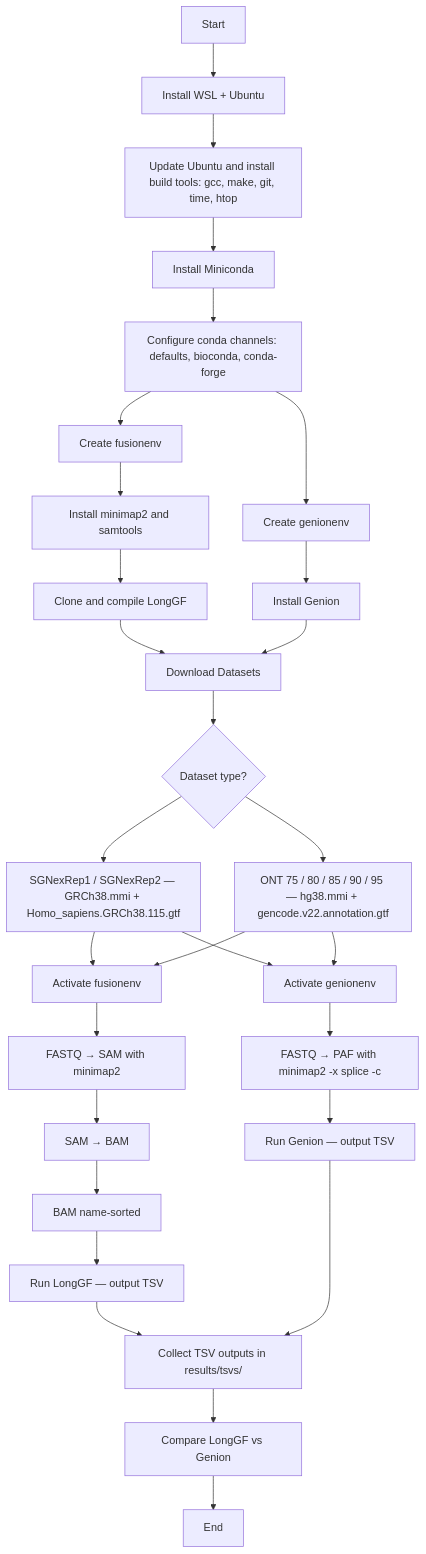
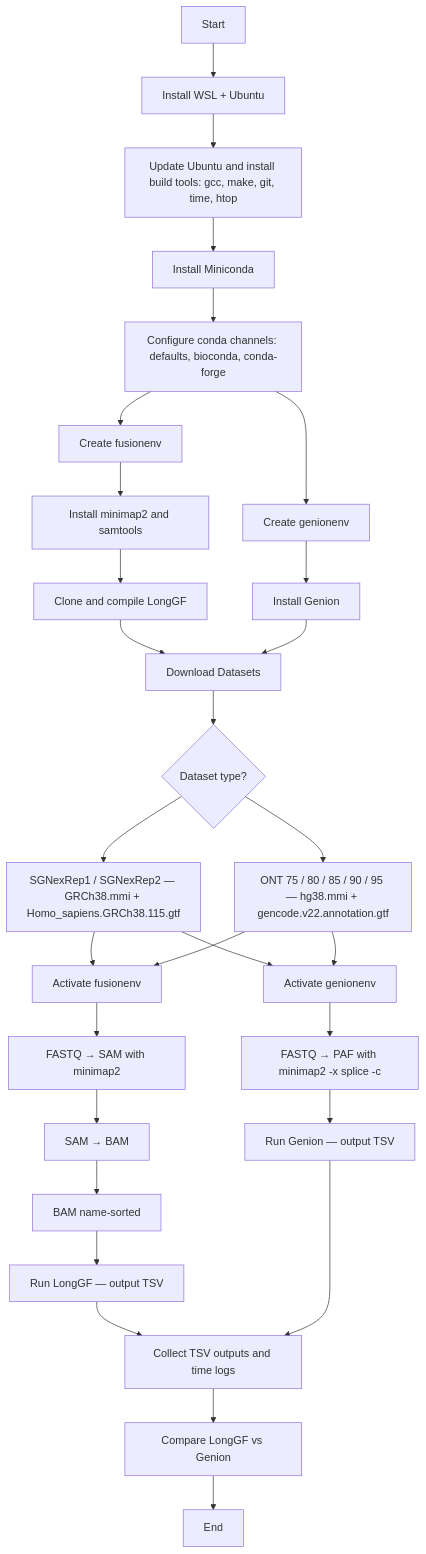
One commit to Aaditya-Deshmukh/CS123A-fusion-benchmarking changed the diagram in FLOWCHART.md. Above: the diagram before and after it, drawn with Mermaid.

````diff
--- a/FLOWCHART.md
+++ b/FLOWCHART.md
@@ -1,59 +1,59 @@
 ```mermaid
 flowchart TD
 
 A[Start] --> B[Install WSL + Ubuntu]
 
 B --> C[Update Ubuntu and install build tools: gcc, make, git, time, htop]
 
 C --> D[Install Miniconda]
 
 D --> E[Configure conda channels: defaults, bioconda, conda-forge]
 
 E --> F[Create fusionenv]
 
 F --> G[Install minimap2 and samtools]
 
 G --> H[Clone and compile LongGF]
 
 E --> I[Create genionenv]
 
 I --> J[Install Genion]
 
 H --> K[Download Datasets]
 
 J --> K
 
 K --> L{Dataset type?}
 
 L --> M[SGNexRep1 / SGNexRep2 — GRCh38.mmi + Homo_sapiens.GRCh38.115.gtf]
 
 L --> N[ONT 75 / 80 / 85 / 90 / 95 — hg38.mmi + gencode.v22.annotation.gtf]
 
 M --> O[Activate fusionenv]
 
 N --> O
 
 O --> P[FASTQ → SAM with minimap2]
 
 P --> Q[SAM → BAM]
 
 Q --> R[BAM name-sorted]
 
 R --> S[Run LongGF — output TSV]
 
 M --> T[Activate genionenv]
 
 N --> T
 
 T --> U[FASTQ → PAF with minimap2 -x splice -c]
 
 U --> V[Run Genion — output TSV]
 
-S --> W[Collect TSV outputs in results/tsvs/]
+S --> W[Collect TSV outputs and time logs]
 
 V --> W
 
 W --> X[Compare LongGF vs Genion]
 
 X --> Y[End]
 ```
````
